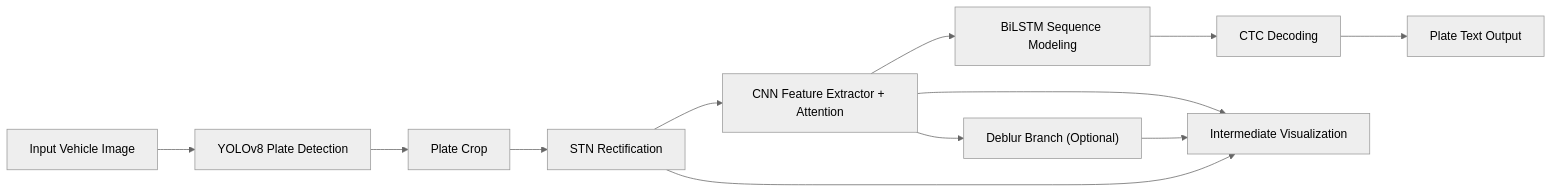
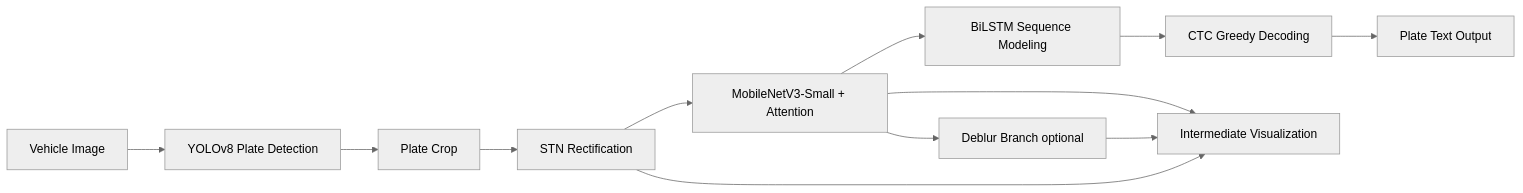
The diagram in README.md (liq7993/e2e-license-plate-recognition), drawn with Mermaid (neutral theme) before and after one commit. The commit also changed other lines of this file, not shown here.

````diff
--- a/README.md
+++ b/README.md
@@ -88,14 +34,14 @@
 ```mermaid
 flowchart LR
-    A["Input Vehicle Image"] --> B["YOLOv8 Plate Detection"]
-    B --> C["Plate Crop"]
-    C --> D["STN Rectification"]
-    D --> E["CNN Feature Extractor + Attention"]
-    E --> F["Deblur Branch (Optional)"]
-    E --> G["BiLSTM Sequence Modeling"]
-    G --> H["CTC Decoding"]
-    H --> I["Plate Text Output"]
-    D --> J["Intermediate Visualization"]
+    A[Vehicle Image] --> B[YOLOv8 Plate Detection]
+    B --> C[Plate Crop]
+    C --> D[STN Rectification]
+    D --> E[MobileNetV3-Small + Attention]
+    E --> F[Deblur Branch optional]
+    E --> G[BiLSTM Sequence Modeling]
+    G --> H[CTC Greedy Decoding]
+    H --> I[Plate Text Output]
+    D --> J[Intermediate Visualization]
     F --> J
     E --> J
 ```
````
